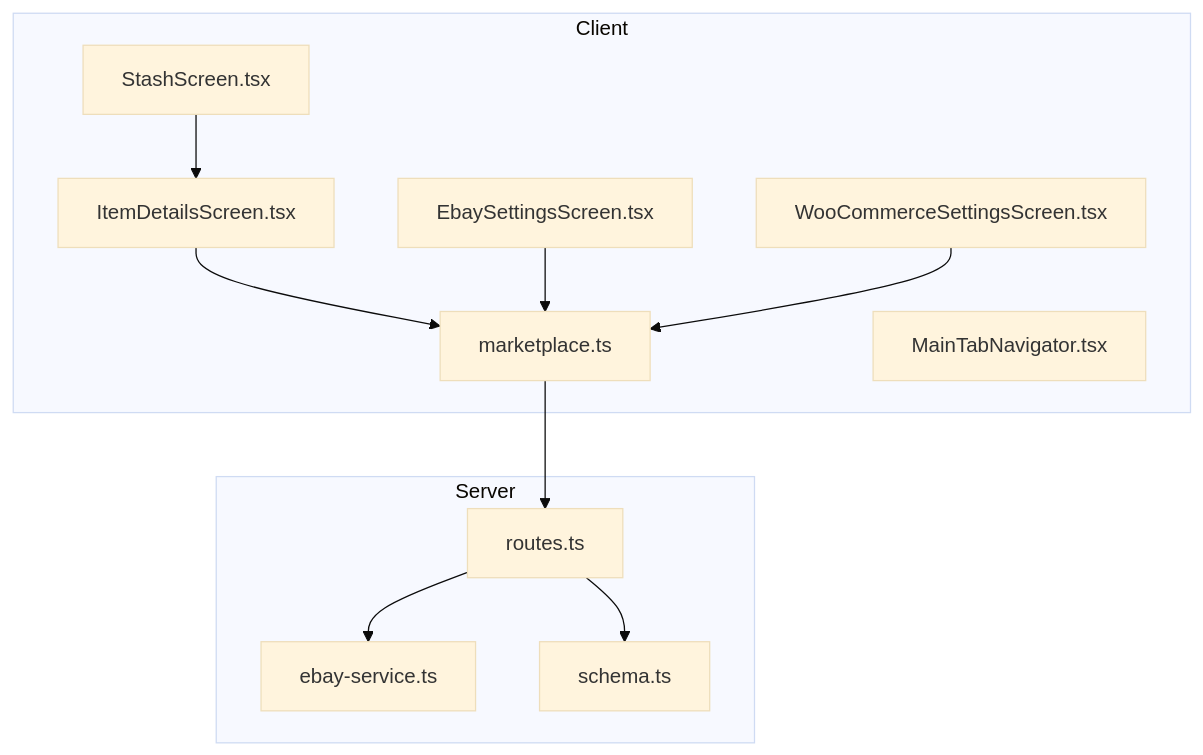
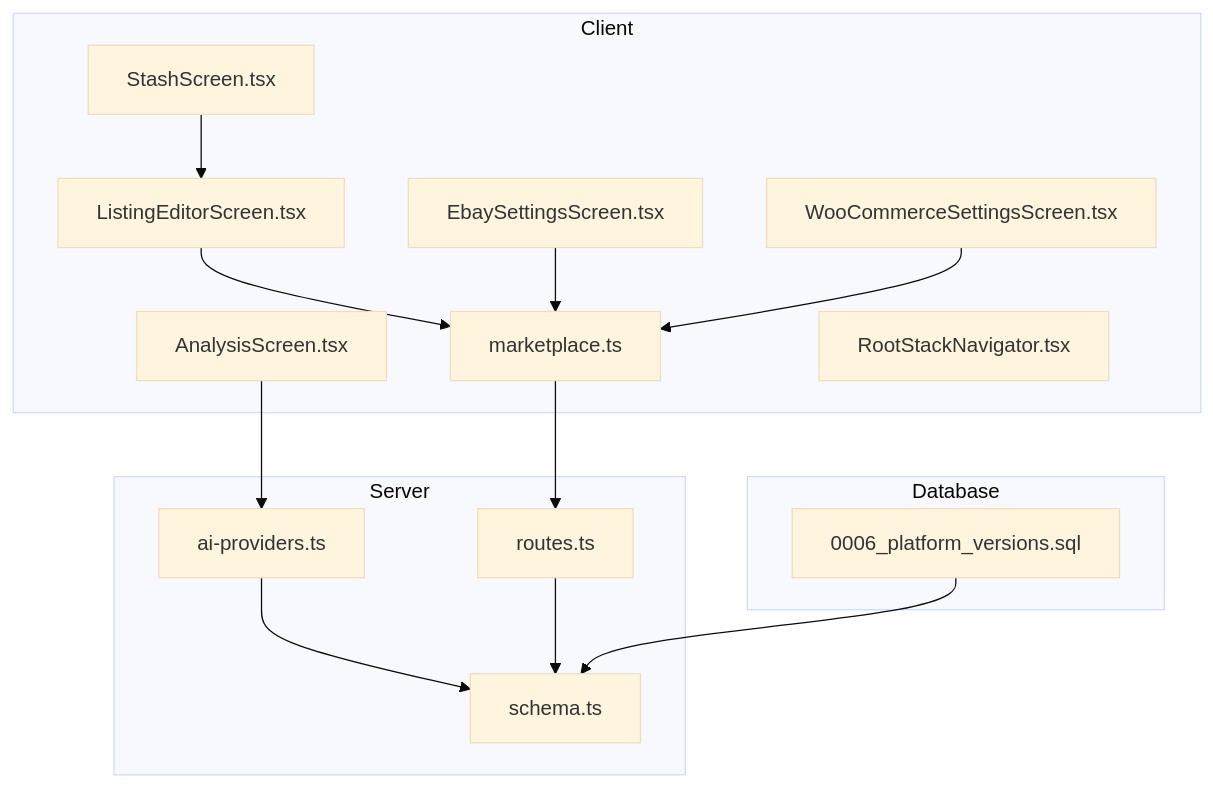
One commit to hunglevi87/Hidden-Gem changed the first of 11 diagrams in .qoder/repowiki/en/content/Marketplace Integration/Multi-Platform Publishing.md. Above: the diagram before and after it, drawn with Mermaid (base theme). The commit also changed other lines of this file and 14 other files, not shown here.

````diff
--- a/.qoder/repowiki/en/content/Marketplace Integration/Multi-Platform Publishing.md
+++ b/.qoder/repowiki/en/content/Marketplace Integration/Multi-Platform Publishing.md
@@ -39,23 +53,29 @@
 ```mermaid
 graph TB
 subgraph "Client"
-UI_Item["ItemDetailsScreen.tsx"]
+UI_Listing["ListingEditorScreen.tsx"]
+UI_Analysis["AnalysisScreen.tsx"]
 UI_Stash["StashScreen.tsx"]
 UI_Ebay["EbaySettingsScreen.tsx"]
 UI_Woo["WooCommerceSettingsScreen.tsx"]
 Lib_Market["marketplace.ts"]
-Nav["MainTabNavigator.tsx"]
+Nav["RootStackNavigator.tsx"]
 end
 subgraph "Server"
 Routes["routes.ts"]
-EbaySvc["ebay-service.ts"]
+AI_Providers["ai-providers.ts"]
 Schema["schema.ts"]
 end
-UI_Item --> Lib_Market
-UI_Stash --> UI_Item
+subgraph "Database"
+Migrations["0006_platform_versions.sql"]
+end
+UI_Listing --> Lib_Market
+UI_Analysis --> AI_Providers
+UI_Stash --> UI_Listing
 UI_Ebay --> Lib_Market
 UI_Woo --> Lib_Market
 Lib_Market --> Routes
-Routes --> EbaySvc
+AI_Providers --> Schema
 Routes --> Schema
+Migrations --> Schema
 ```
````
